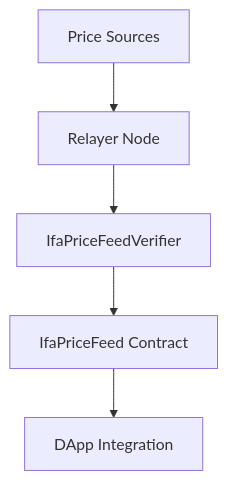
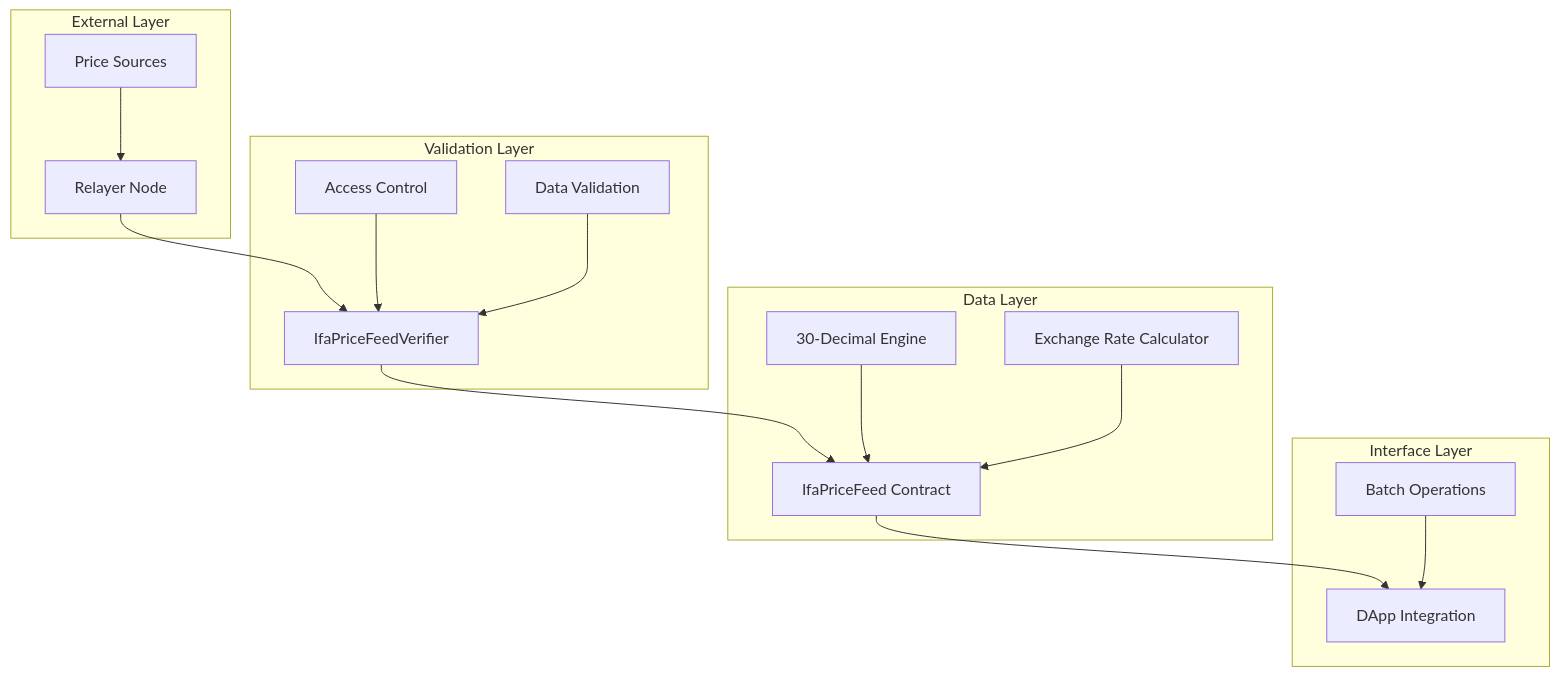
The first of 5 diagrams in architecture.mdx (IFA-Labs/docs), drawn with Mermaid before and after one commit. The commit also changed other lines of this file and 7 other files, not shown here.

Commit message:
docs: enhance architecture.mdx with detailed technical depth, including precision mechanics, validation pipeline, and comprehensive data flow diagrams for the IFA Oracle system

````diff
--- a/architecture.mdx
+++ b/architecture.mdx
@@ -12,8 +12,34 @@
 ```mermaid
 graph TB
-    A[Relayer Node] --> B[IfaPriceFeedVerifier]
-    B --> C[IfaPriceFeed Contract]
-    C --> D[DApp Integration]
+    subgraph "External Layer"
+        A[Relayer Node] 
+        E[Price Sources]
+    end
     
-    E[Price Sources] --> A
+    subgraph "Validation Layer"
+        B[IfaPriceFeedVerifier]
+        F[Access Control]
+        G[Data Validation]
+    end
+    
+    subgraph "Data Layer"
+        C[IfaPriceFeed Contract]
+        H[30-Decimal Engine]
+        I[Exchange Rate Calculator]
+    end
+    
+    subgraph "Interface Layer"
+        D[DApp Integration]
+        J[Batch Operations]
+    end
+    
+    E --> A
+    A --> B
+    F --> B
+    G --> B
+    B --> C
+    H --> C
+    I --> C
+    C --> D
+    J --> D
 ```
````
